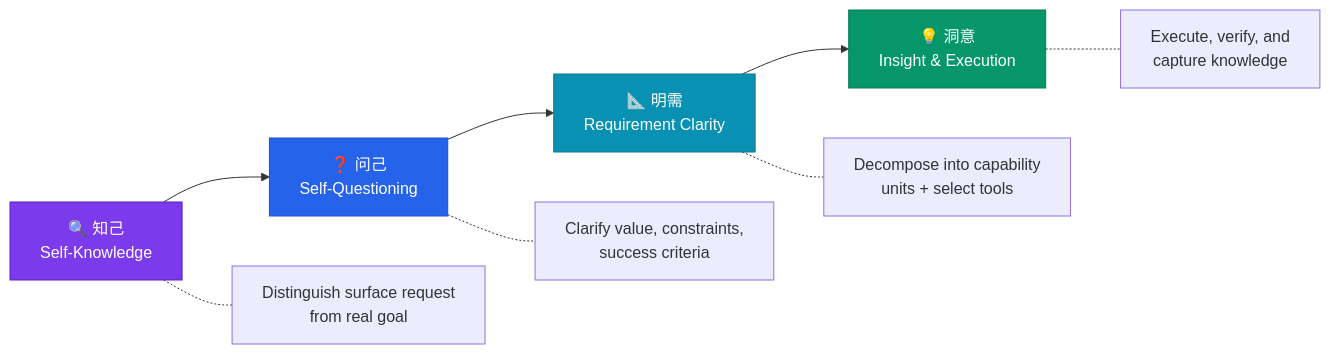
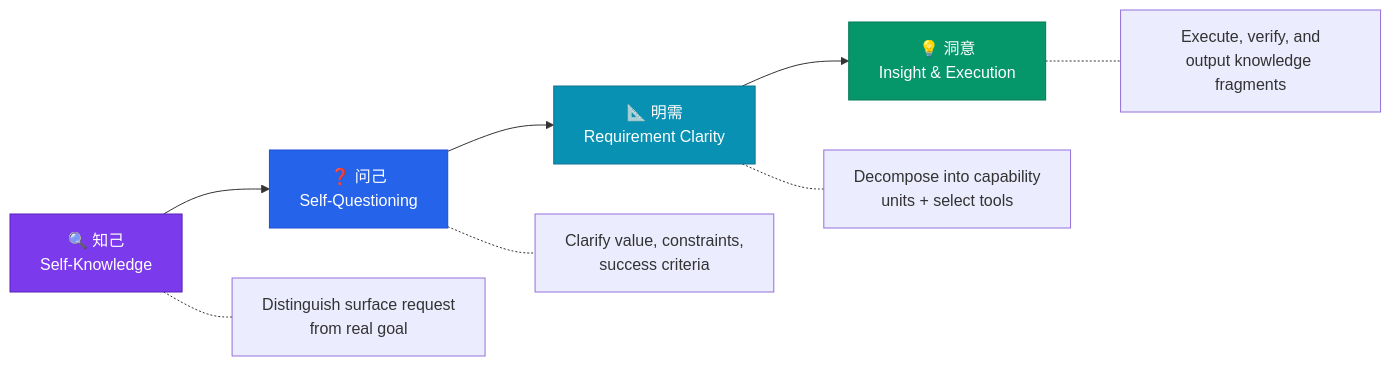
The diagram in README.md (tensely0228/ZHIXI), drawn with Mermaid before and after one commit. The commit also changed other lines of this file and 1 other file, not shown here.

First line of the commit message:
docs: clarify knowledge capture is format spec, not storage engine

````diff
--- a/README.md
+++ b/README.md
@@ -51,16 +55,16 @@
 ```mermaid
 flowchart LR
     A["🔍 知己<br/>Self-Knowledge"] --> B["❓ 问己<br/>Self-Questioning"]
     B --> C["📐 明需<br/>Requirement Clarity"]
     C --> D["💡 洞意<br/>Insight & Execution"]
 
     A -.- A1["Distinguish surface request<br/>from real goal"]
     B -.- B1["Clarify value, constraints,<br/>success criteria"]
     C -.- C1["Decompose into capability<br/>units + select tools"]
-    D -.- D1["Execute, verify, and<br/>capture knowledge"]
+    D -.- D1["Execute, verify, and<br/>output knowledge fragments"]
 
     style A fill:#7c3aed,stroke:#5b21b6,color:#fff
     style B fill:#2563eb,stroke:#1d4ed8,color:#fff
     style C fill:#0891b2,stroke:#0e7490,color:#fff
     style D fill:#059669,stroke:#047857,color:#fff
 ```
````
